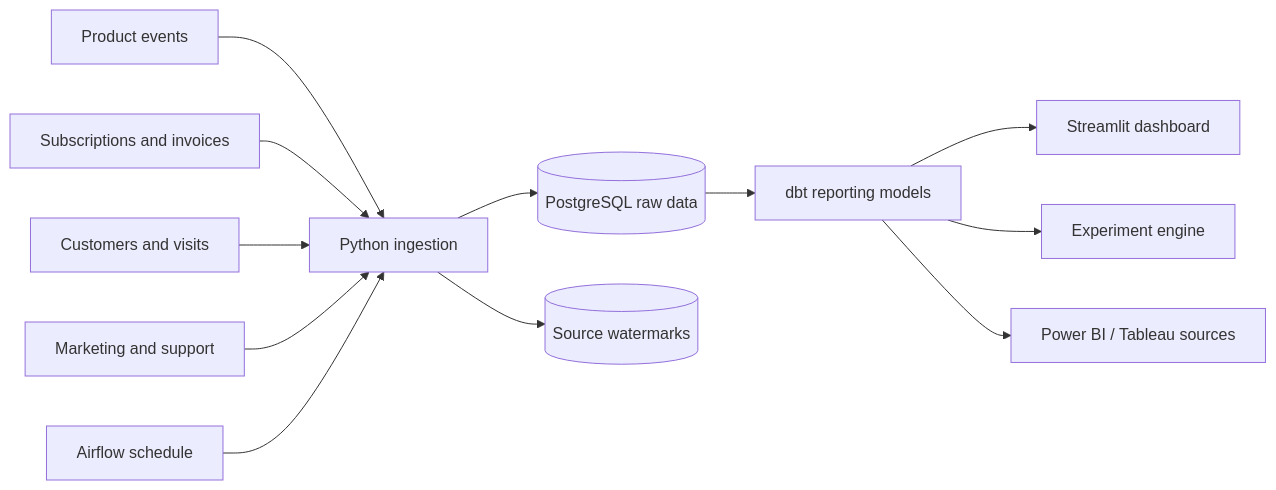
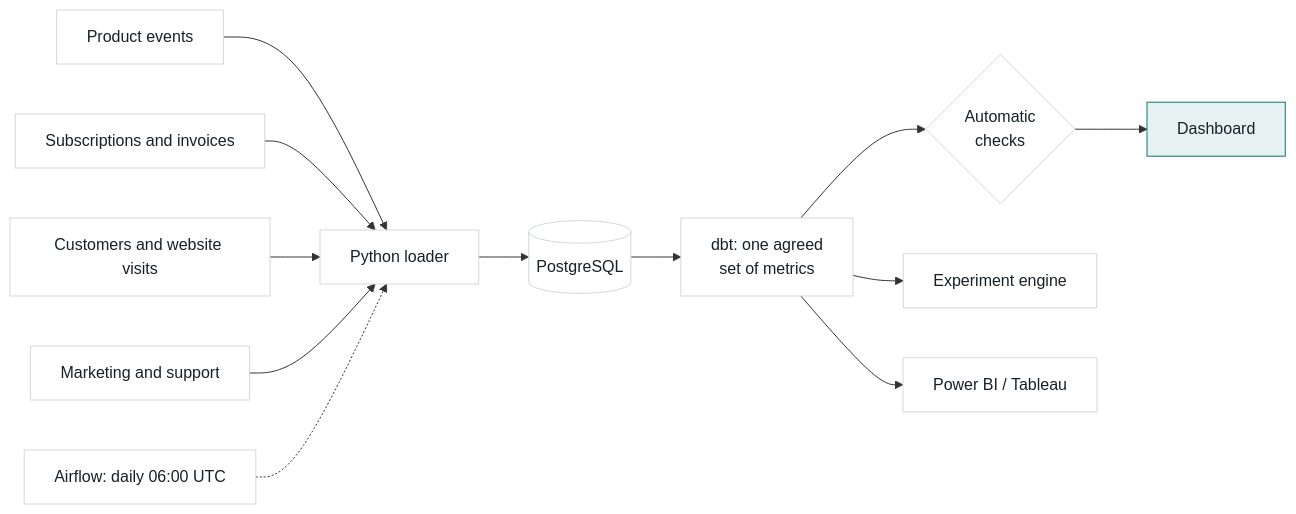
The diagram in README.md (RajivPraveen/PulseMetrics), drawn with Mermaid before and after one commit. The commit also changed other lines of this file and 13 other files, not shown here.

````diff
--- a/README.md
+++ b/README.md
@@ -78,14 +172,18 @@
 ```mermaid
 flowchart LR
-    A[Product events] --> E[Python ingestion]
+    A[Product events] --> E[Python loader]
     B[Subscriptions and invoices] --> E
-    C[Customers and visits] --> E
+    C[Customers and website visits] --> E
     D[Marketing and support] --> E
-    E --> R[(PostgreSQL raw data)]
-    E --> W[(Source watermarks)]
-    R --> M[dbt reporting models]
-    M --> U[Streamlit dashboard]
+    E --> R[(PostgreSQL)]
+    R --> M[dbt: one agreed<br/>set of metrics]
+    M --> Q{Automatic<br/>checks}
+    Q --> U[Dashboard]
     M --> X[Experiment engine]
-    M --> BI[Power BI / Tableau sources]
-    F[Airflow schedule] --> E
+    M --> BI[Power BI / Tableau]
+    F[Airflow: daily 06:00 UTC] -.-> E
+    classDef step fill:#ffffff,stroke:#d3d7db,color:#172026
+    classDef out fill:#e6f2f1,stroke:#0f766e,color:#172026
+    class A,B,C,D,E,R,M,Q,X,BI,F step
+    class U out
 ```
````
